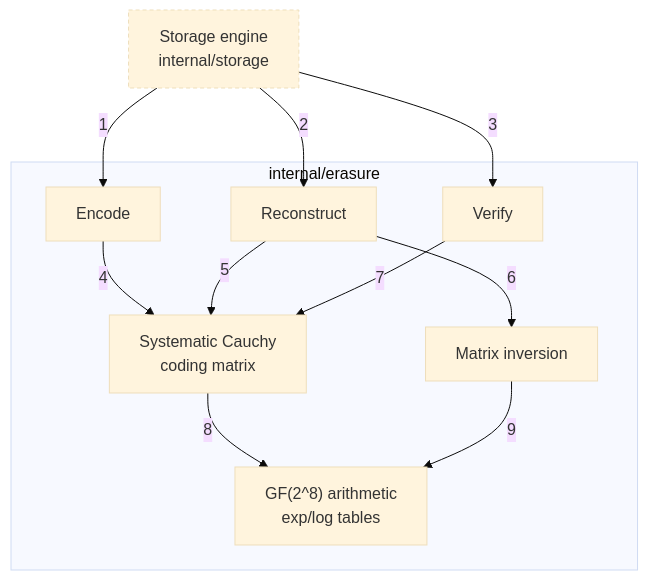
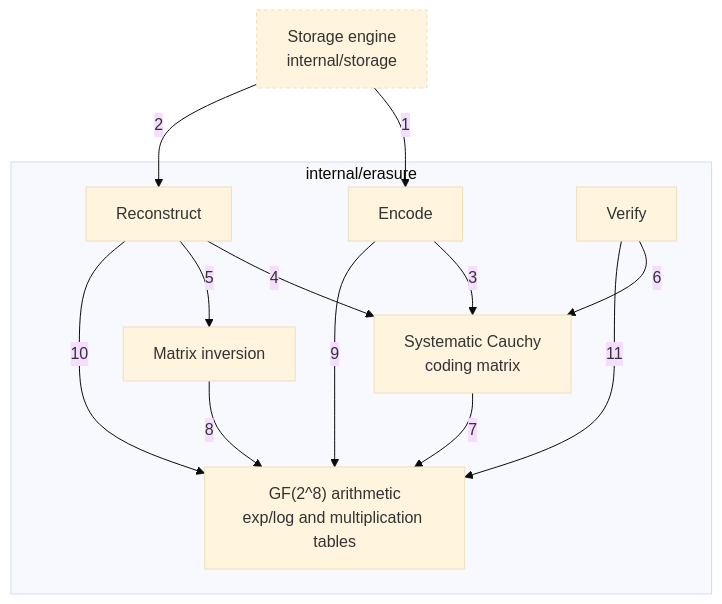
The diagram in docs/c4/05-component-erasure.md (nickstrad/decentralized-object-store), drawn with Mermaid (base theme) before and after one commit. The commit also changed other lines of this file and 14 other files, not shown here.

````diff
--- a/docs/c4/05-component-erasure.md
+++ b/docs/c4/05-component-erasure.md
@@ -7,23 +7,25 @@
 ```mermaid
 flowchart TB
   STORAGE["Storage engine<br/>internal/storage"]
   subgraph ERASURE["internal/erasure"]
     ENCODE["Encode"]
     RECON["Reconstruct"]
     VERIFY["Verify"]
     CAUCHY["Systematic Cauchy<br/>coding matrix"]
     MATRIX["Matrix inversion"]
-    GF["GF(2^8) arithmetic<br/>exp/log tables"]
+    GF["GF(2^8) arithmetic<br/>exp/log and multiplication tables"]
   end
   STORAGE -->|1| ENCODE
   STORAGE -->|2| RECON
-  STORAGE -->|3| VERIFY
-  ENCODE -->|4| CAUCHY
-  RECON -->|5| CAUCHY
-  RECON -->|6| MATRIX
-  VERIFY -->|7| CAUCHY
-  CAUCHY -->|8| GF
-  MATRIX -->|9| GF
+  ENCODE -->|3| CAUCHY
+  RECON -->|4| CAUCHY
+  RECON -->|5| MATRIX
+  VERIFY -->|6| CAUCHY
+  CAUCHY -->|7| GF
+  MATRIX -->|8| GF
+  ENCODE -->|9| GF
+  RECON -->|10| GF
+  VERIFY -->|11| GF
   classDef ext stroke-dasharray:4 3
   class STORAGE ext
 ```
````
